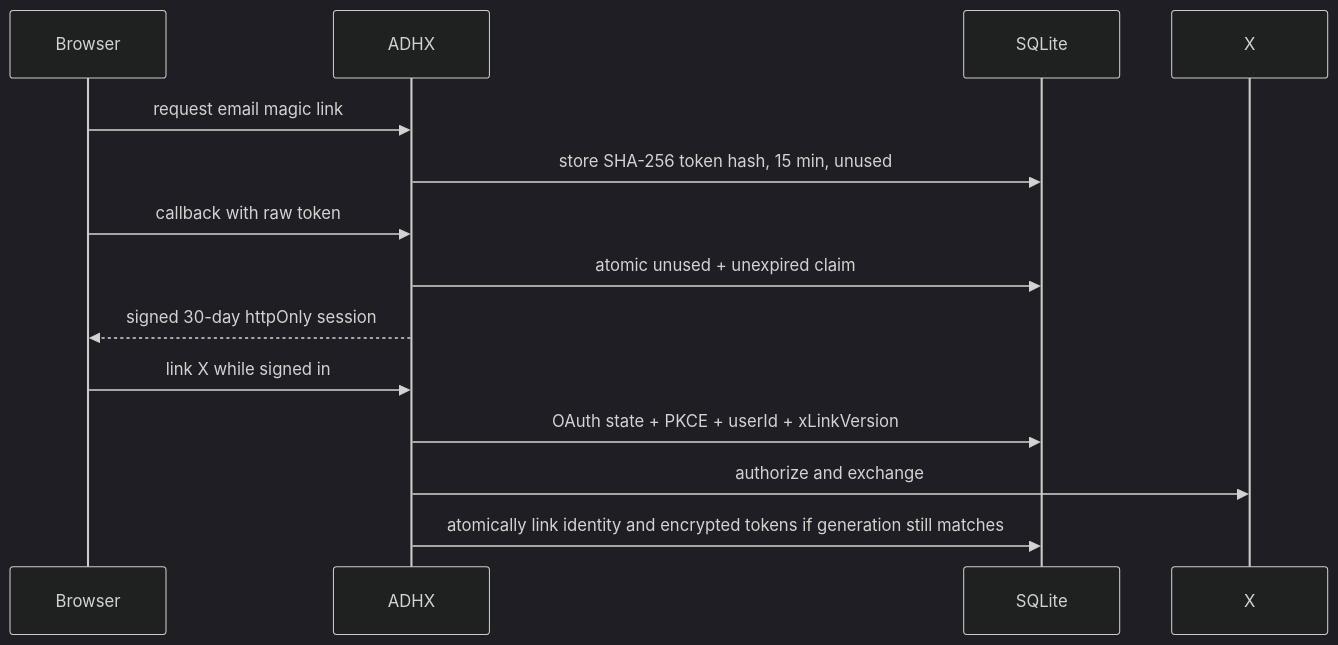
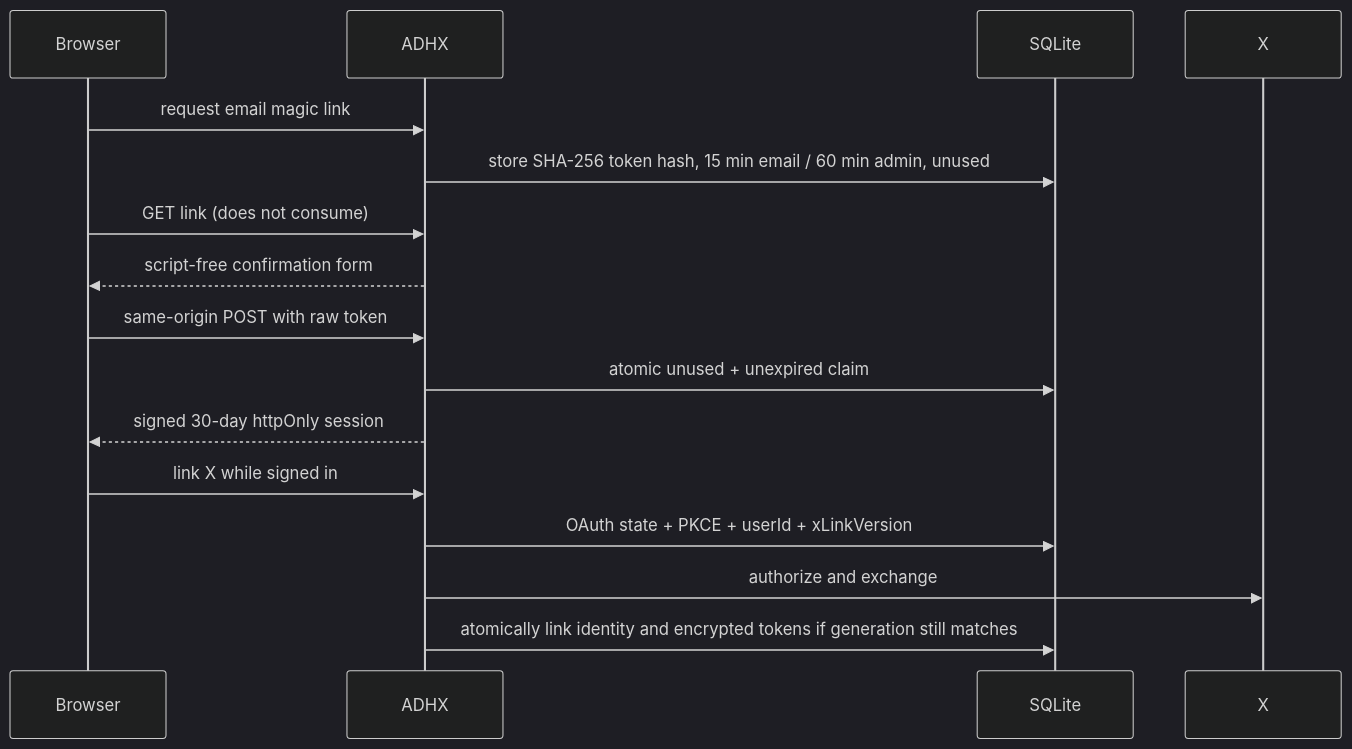
Before and after one commit to itsmemeworks/adhx: the fourth of 6 diagrams in ARCHITECTURE.md, drawn with Mermaid (dark theme). The commit also changed other lines of this file and 22 other files, not shown here.

````diff
--- a/ARCHITECTURE.md
+++ b/ARCHITECTURE.md
@@ -244,16 +244,18 @@
 ```mermaid
 sequenceDiagram
   participant B as Browser
   participant A as ADHX
   participant D as SQLite
   participant X as X
   B->>A: request email magic link
-  A->>D: store SHA-256 token hash, 15 min, unused
-  B->>A: callback with raw token
+  A->>D: store SHA-256 token hash, 15 min email / 60 min admin, unused
+  B->>A: GET link (does not consume)
+  A-->>B: script-free confirmation form
+  B->>A: same-origin POST with raw token
   A->>D: atomic unused + unexpired claim
   A-->>B: signed 30-day httpOnly session
   B->>A: link X while signed in
   A->>D: OAuth state + PKCE + userId + xLinkVersion
   A->>X: authorize and exchange
   A->>D: atomically link identity and encrypted tokens if generation still matches
 ```
````
